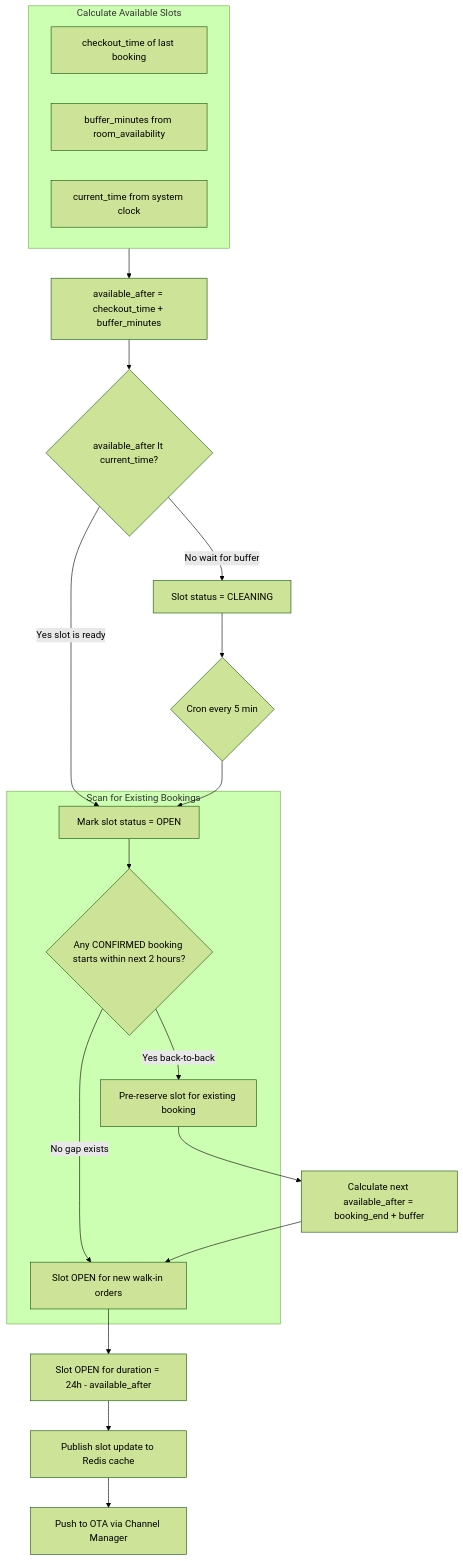
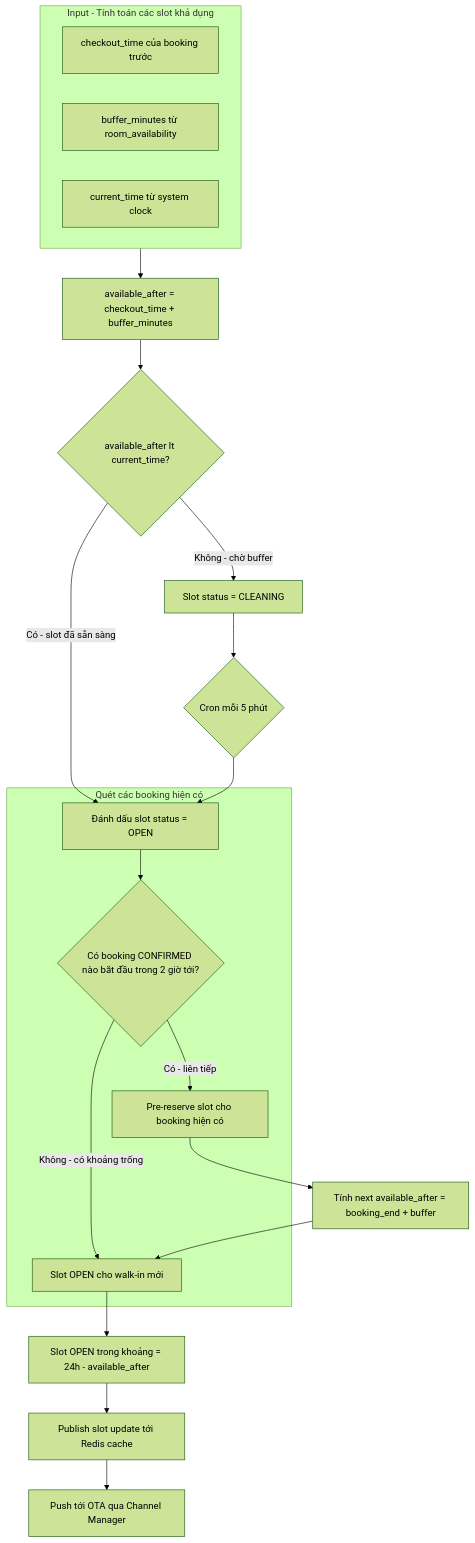
Diagram 16 of 54 in Mermaid.md (PhamVietHoangFPT/databaseHomi), drawn with Mermaid (forest theme) before and after one commit. The commit also changed other lines of this file and 3 other files, not shown here.

````diff
--- a/Mermaid.md
+++ b/Mermaid.md
@@ -574,30 +574,30 @@
 ```mermaid
 flowchart TD
-    subgraph Input[Calculate Available Slots]
-        I1[checkout_time of last booking]
-        I2[buffer_minutes from room_availability]
-        I3[current_time from system clock]
+    subgraph Input[Input - Tính toán các slot khả dụng]
+        I1[checkout_time của booking trước]
+        I2[buffer_minutes từ room_availability]
+        I3[current_time từ system clock]
     end
 
     Input --> C1[available_after = checkout_time + buffer_minutes]
     C1 --> C2{available_after lt current_time?}
 
-    C2 -->|Yes slot is ready| C3[Mark slot status = OPEN]
-    C2 -->|No wait for buffer| C4[Slot status = CLEANING]
-    C4 --> C5{Cron every 5 min}
+    C2 -->|Có - slot đã sẵn sàng| C3[Đánh dấu slot status = OPEN]
+    C2 -->|Không - chờ buffer| C4[Slot status = CLEANING]
+    C4 --> C5{Cron mỗi 5 phút}
 
     C5 --> C3
 
-    subgraph ExistingBookings[Scan for Existing Bookings]
-        C3 --> E1{Any CONFIRMED booking starts within next 2 hours?}
-        E1 -->|Yes back-to-back| E2[Pre-reserve slot for existing booking]
-        E1 -->|No gap exists| E3[Slot OPEN for new walk-in orders]
+    subgraph ExistingBookings[Quét các booking hiện có]
+        C3 --> E1{Có booking CONFIRMED nào bắt đầu trong 2 giờ tới?}
+        E1 -->|Có - liên tiếp| E2[Pre-reserve slot cho booking hiện có]
+        E1 -->|Không - có khoảng trống| E3[Slot OPEN cho walk-in mới]
     end
 
-    E2 --> E4[Calculate next available_after = booking_end + buffer]
-    E3 --> E5[Slot OPEN for duration = 24h - available_after]
+    E2 --> E4[Tính next available_after = booking_end + buffer]
+    E3 --> E5[Slot OPEN trong khoảng = 24h - available_after]
     E4 --> E3
 
-    E5 --> E6[Publish slot update to Redis cache]
-    E6 --> E7[Push to OTA via Channel Manager]
+    E5 --> E6[Publish slot update tới Redis cache]
+    E6 --> E7[Push tới OTA qua Channel Manager]
 ```
````
